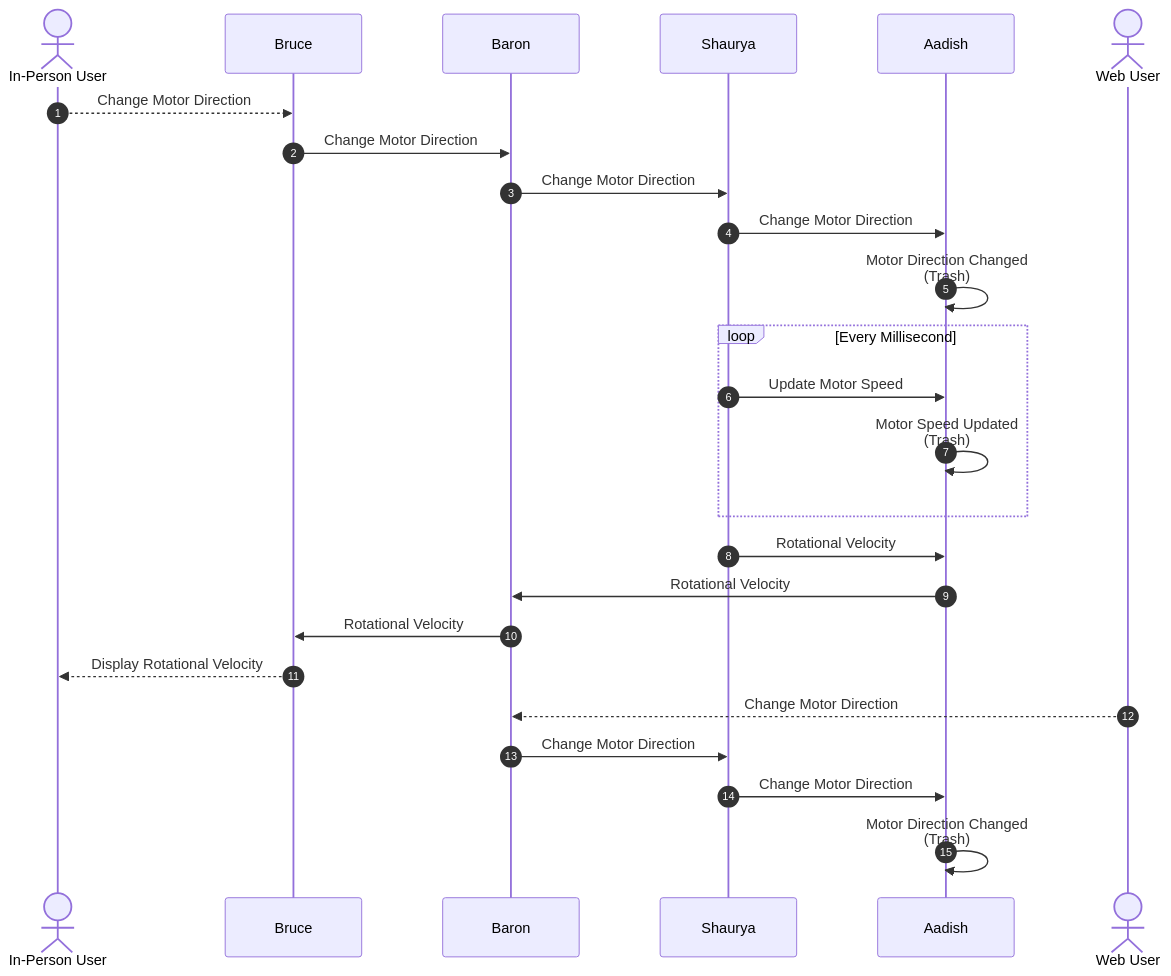
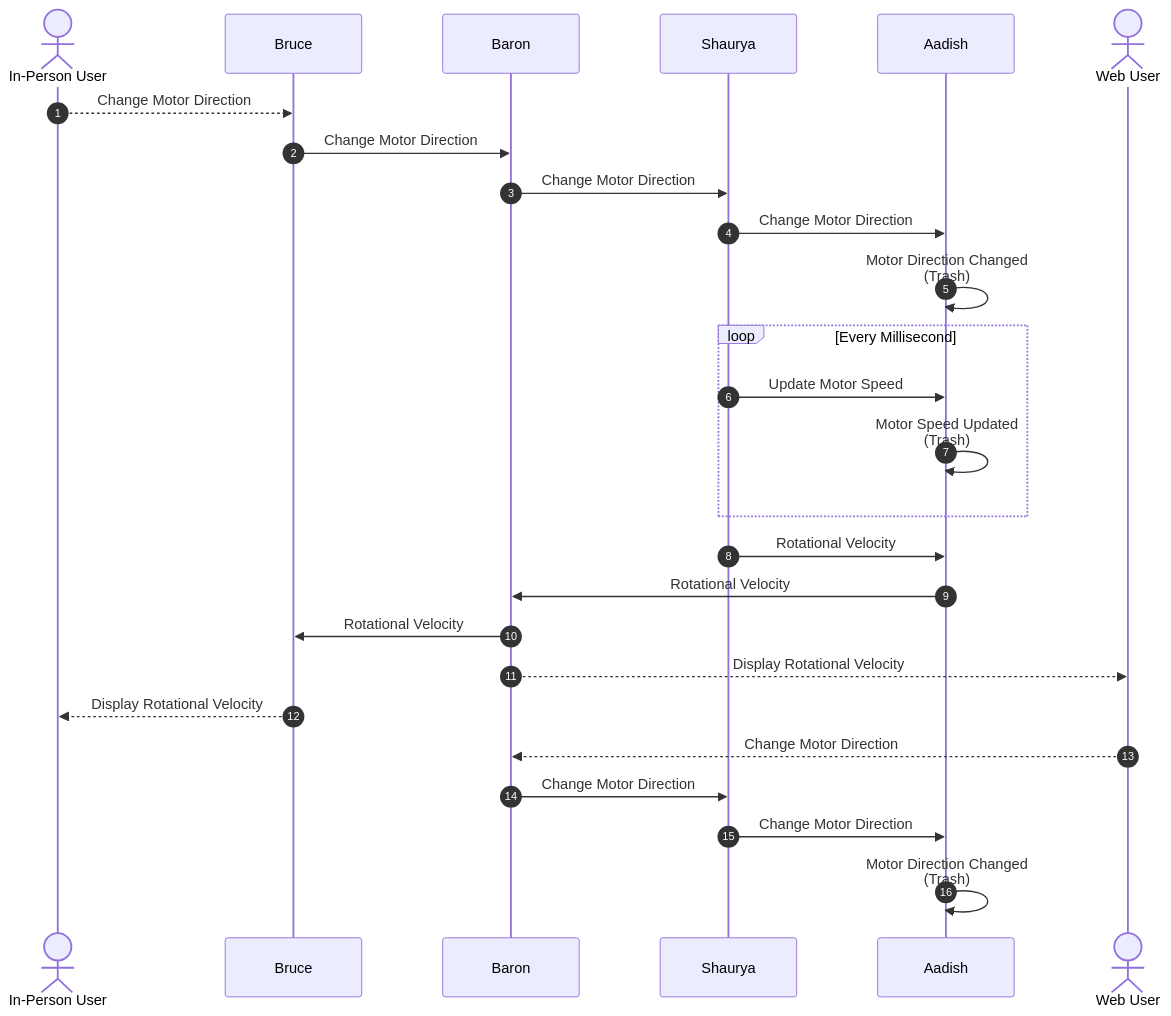
Before and after one commit to EGR314-2025-S-309B/EGR314-2025-S-309B.github.io: the diagram in docs/Block-Process-Diagrams-Message-Structure.md, drawn with Mermaid.

````diff
--- a/docs/Block-Process-Diagrams-Message-Structure.md
+++ b/docs/Block-Process-Diagrams-Message-Structure.md
@@ -17,23 +17,25 @@
 ``` mermaid
 sequenceDiagram
 autonumber
 actor In-Person User
 In-Person User-->>Bruce: Change Motor Direction
 Bruce->>Baron: Change Motor Direction
 Baron->>Shaurya: Change Motor Direction
 Shaurya->>Aadish: Change Motor Direction
 Aadish->>Aadish: Motor Direction Changed<br>(Trash)
 loop Every Millisecond
   Shaurya->>Aadish: Update Motor Speed
   Aadish->>Aadish: Motor Speed Updated<br>(Trash)
 end
 Shaurya->>Aadish: Rotational Velocity
 Aadish->>Baron: Rotational Velocity
 Baron->>Bruce: Rotational Velocity
+actor Web User
+Baron-->>Web User: Display Rotational Velocity
 Bruce-->>In-Person User: Display Rotational Velocity
 actor Web User
 Web User-->>Baron: Change Motor Direction
 Baron->>Shaurya: Change Motor Direction
 Shaurya->>Aadish: Change Motor Direction
 Aadish->>Aadish: Motor Direction Changed<br>(Trash)
 ```
````
